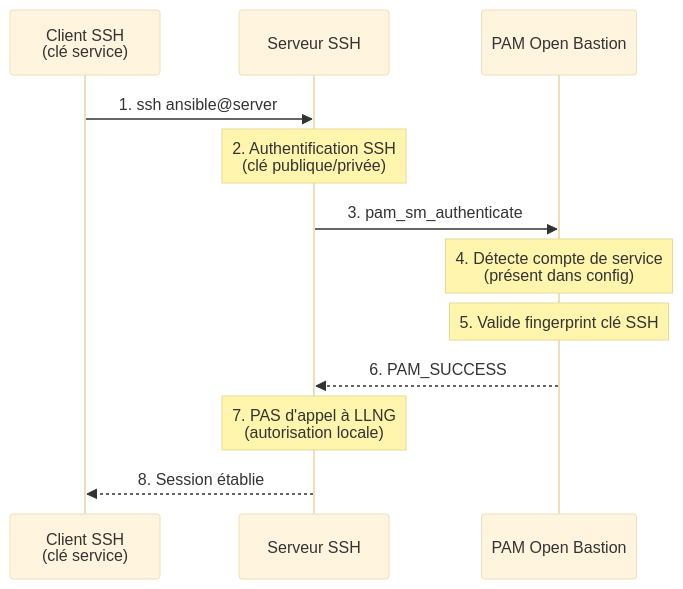
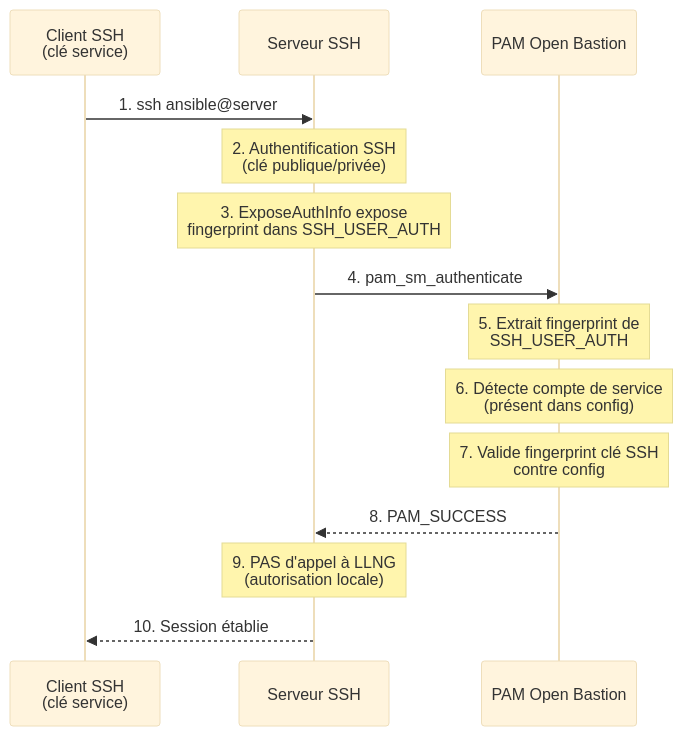
One commit to linagora/open-bastion changed the seventh of 8 diagrams in doc/security/02-ssh-connection.md. Above: the diagram before and after it, drawn with Mermaid (base theme). The commit also changed other lines of this file and 5 other files, not shown here.

````diff
--- a/doc/security/02-ssh-connection.md
+++ b/doc/security/02-ssh-connection.md
@@ -1111,15 +1122,17 @@
 ```mermaid
 sequenceDiagram
     participant Client as Client SSH<br/>(clé service)
     participant Srv as Serveur SSH
     participant PAM as PAM Open Bastion
 
     Client->>Srv: 1. ssh ansible@server
     Note over Srv: 2. Authentification SSH<br/>(clé publique/privée)
-    Srv->>PAM: 3. pam_sm_authenticate
-    Note over PAM: 4. Détecte compte de service<br/>(présent dans config)
-    Note over PAM: 5. Valide fingerprint clé SSH
-    PAM-->>Srv: 6. PAM_SUCCESS
-    Note over Srv: 7. PAS d'appel à LLNG<br/>(autorisation locale)
-    Srv-->>Client: 8. Session établie
+    Note over Srv: 3. ExposeAuthInfo expose<br/>fingerprint dans SSH_USER_AUTH
+    Srv->>PAM: 4. pam_sm_authenticate
+    Note over PAM: 5. Extrait fingerprint de<br/>SSH_USER_AUTH
+    Note over PAM: 6. Détecte compte de service<br/>(présent dans config)
+    Note over PAM: 7. Valide fingerprint clé SSH<br/>contre config
+    PAM-->>Srv: 8. PAM_SUCCESS
+    Note over Srv: 9. PAS d'appel à LLNG<br/>(autorisation locale)
+    Srv-->>Client: 10. Session établie
 ```
````
